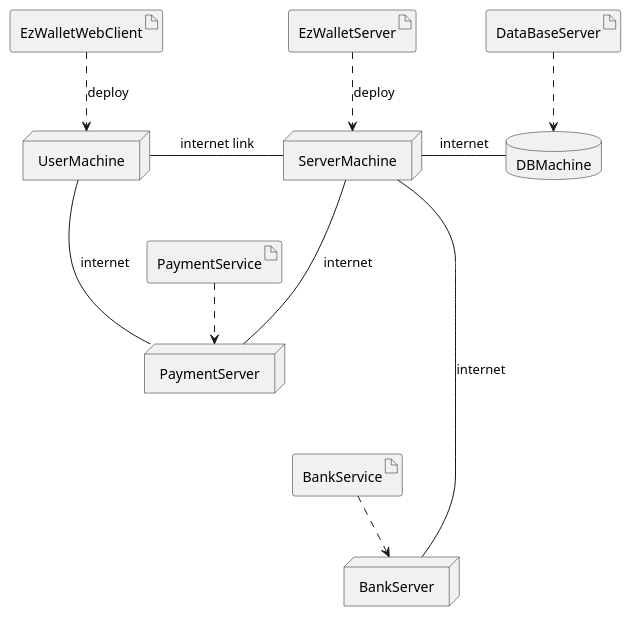
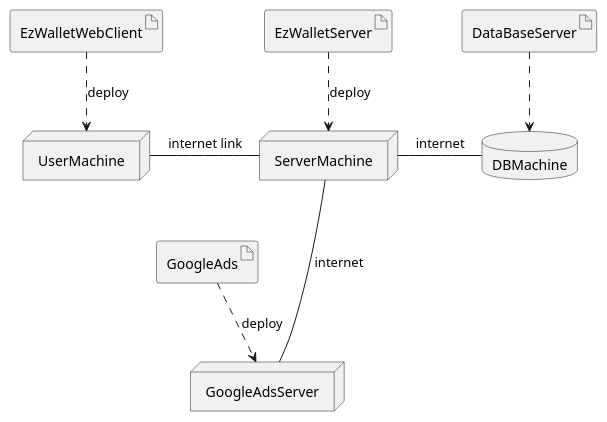
The fifth of 5 diagrams in RequirementsDocumentV2.md (lara-m2000/ezwallet), drawn with PlantUML before and after one commit. The commit also changed other lines of this file, not shown here.

Commit message:
docs: updated deplyment diagram

````diff
--- a/RequirementsDocumentV2.md
+++ b/RequirementsDocumentV2.md
@@ -1027,49 +1028,36 @@
 ```plantuml
 @startuml
 
 
 artifact EzWalletServer
 node ServerMachine
 
 EzWalletServer ..> ServerMachine : deploy
 
 
 artifact DataBaseServer
 database DBMachine
 
 DataBaseServer ..> DBMachine
 
 
 
 ServerMachine - DBMachine : internet
 
 artifact EzWalletWebClient
 node UserMachine
 
 EzWalletWebClient ..> UserMachine : deploy
 
 UserMachine - ServerMachine : internet link
 
+artifact GoogleAds
+node GoogleAdsServer
 
-artifact BankService
-node BankServer
+GoogleAds ..> GoogleAdsServer : deploy
 
-BankService ..> BankServer
-
-artifact PaymentService
-node PaymentServer
-
-PaymentService ..> PaymentServer
-
-
-
-UserMachine --- PaymentServer : internet
-ServerMachine --- PaymentServer : internet
-
-ServerMachine ----- BankServer  : internet 
-
-
+ServerMachine --- GoogleAdsServer : internet
 
 
 @enduml
 ```
````
